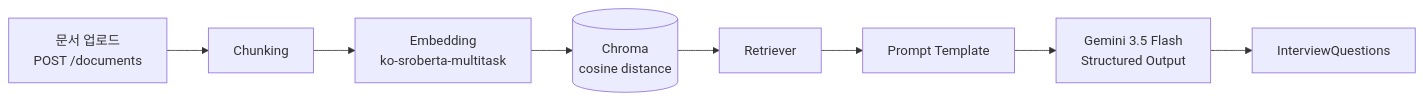
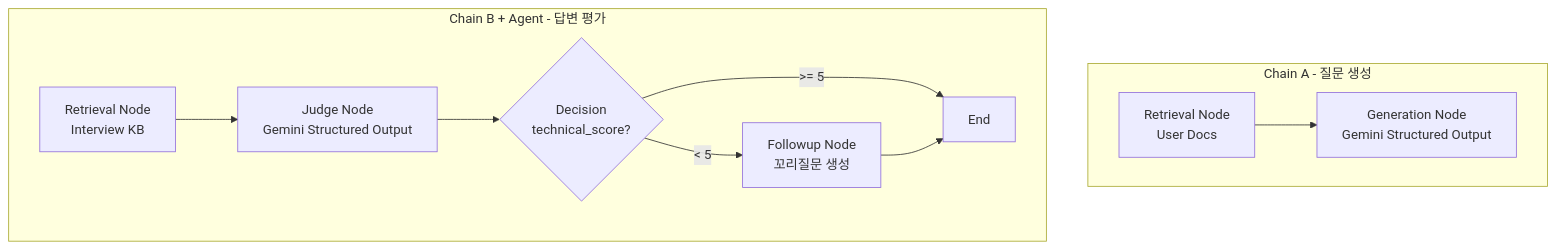
The diagram in README.md (jiyoung720/ai-interview-coach), drawn with Mermaid before and after one commit. The commit also changed other lines of this file and 6 other files, not shown here.

````diff
--- a/README.md
+++ b/README.md
@@ -48,10 +52,13 @@
 ```mermaid
-flowchart LR
-    A[문서 업로드<br/>POST /documents] --> B[Chunking]
-    B --> C[Embedding<br/>ko-sroberta-multitask]
-    C --> D[(Chroma<br/>cosine distance)]
-    D --> E[Retriever]
-    E --> F[Prompt Template]
-    F --> G[Gemini 3.5 Flash<br/>Structured Output]
-    G --> H[InterviewQuestions]
+flowchart TB
+    subgraph ChainA["Chain A - 질문 생성"]
+        A1[Retrieval Node<br/>User Docs] --> A2[Generation Node<br/>Gemini Structured Output]
+    end
+    subgraph ChainB["Chain B + Agent - 답변 평가"]
+        B1[Retrieval Node<br/>Interview KB] --> B2[Judge Node<br/>Gemini Structured Output]
+        B2 --> BD{Decision<br/>technical_score?}
+        BD -->|"< 5"| B3[Followup Node<br/>꼬리질문 생성]
+        BD -->|">= 5"| B4[End]
+        B3 --> B4
+    end
 ```
````
